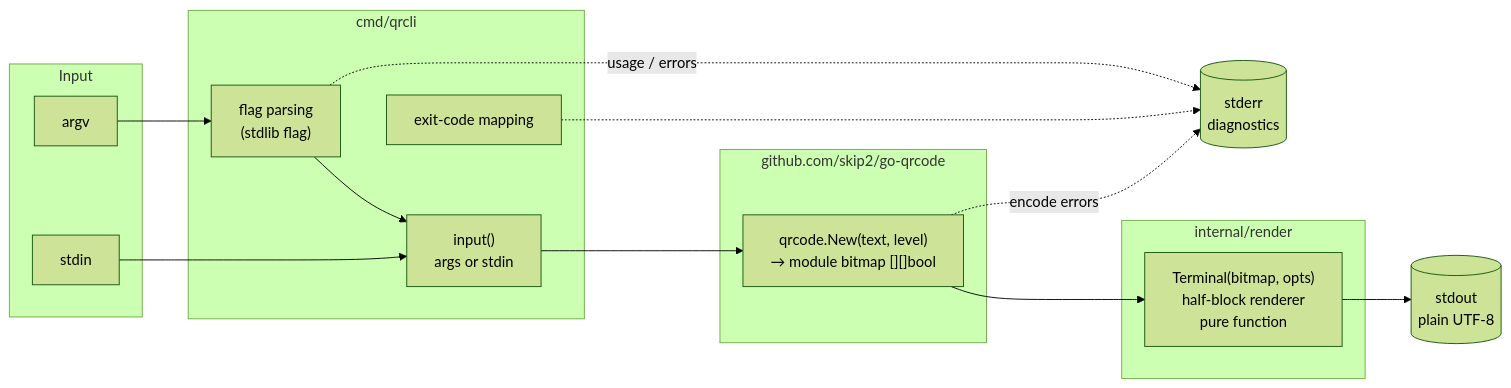
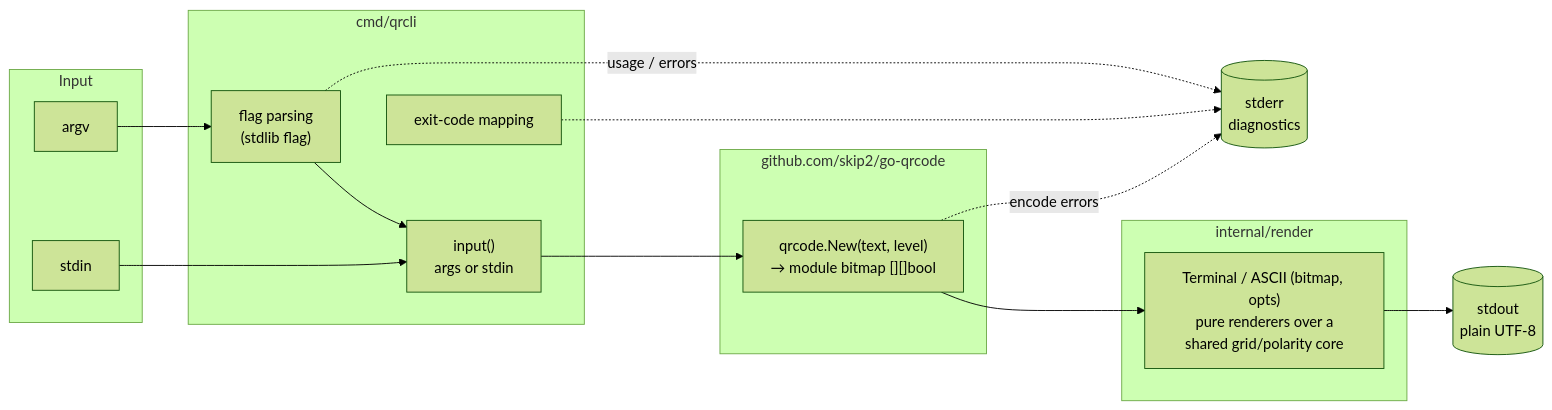
One commit to CaporalDead/qrcli changed the first of 3 diagrams in docs/architecture.md. Above: the diagram before and after it, drawn with Mermaid (forest theme). The commit also changed other lines of this file and 6 other files, not shown here.

````diff
--- a/docs/architecture.md
+++ b/docs/architecture.md
@@ -9,31 +9,31 @@
 ```mermaid
 flowchart LR
     subgraph inputs [Input]
         A[argv]
         S[stdin]
     end
 
     subgraph cmd [cmd/qrcli]
         P["flag parsing<br/>(stdlib flag)"]
         I["input()<br/>args or stdin"]
         E["exit-code mapping"]
     end
 
     subgraph deps [github.com/skip2/go-qrcode]
         Q["qrcode.New(text, level)<br/>→ module bitmap [][]bool"]
     end
 
     subgraph internal [internal/render]
-        R["Terminal(bitmap, opts)<br/>half-block renderer<br/>pure function"]
+        R["Terminal / ASCII (bitmap, opts)<br/>pure renderers over a<br/>shared grid/polarity core"]
     end
 
     O[(stdout<br/>plain UTF-8)]
     ERR[(stderr<br/>diagnostics)]
 
     A --> P --> I
     S --> I
     I --> Q --> R --> O
     P -. "usage / errors" .-> ERR
     Q -. "encode errors" .-> ERR
     E -.-> ERR
 ```
````
